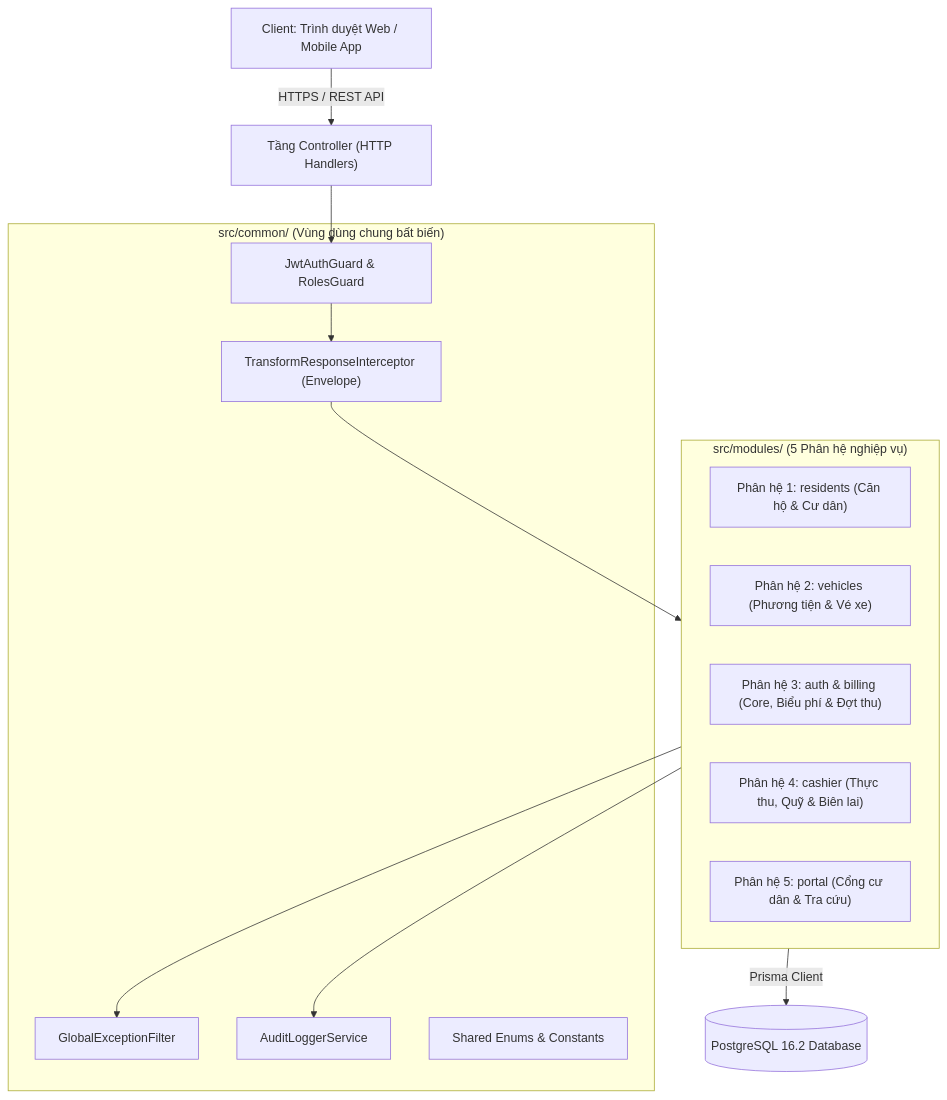
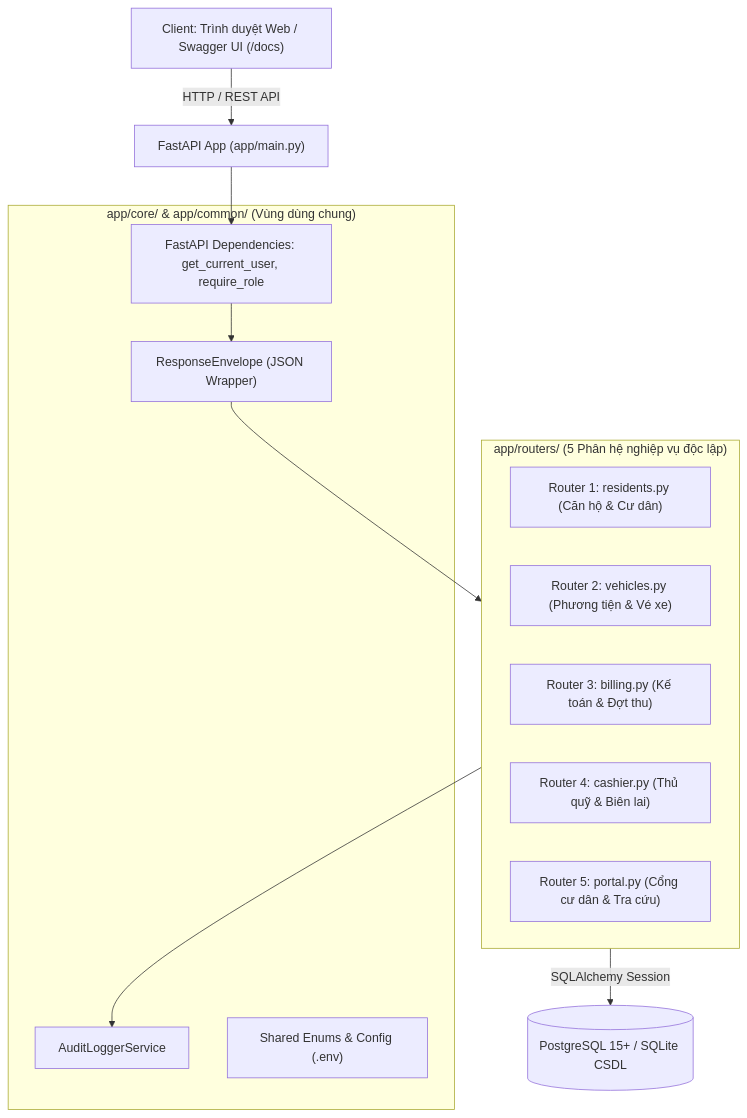
The first of 4 diagrams in docs/PRE_CODING_BASELINE.md (Viet-Tung/bluemoon-management-system), drawn with Mermaid before and after one commit. The commit also changed other lines of this file, not shown here.

Commit message:
docs(architecture): chuyen doi ma tran cong nghe sang python fastapi than thien sinh vien

````diff
--- a/docs/PRE_CODING_BASELINE.md
+++ b/docs/PRE_CODING_BASELINE.md
@@ -131,28 +151,26 @@
 ```mermaid
 flowchart TD
-    Client["Client: Trình duyệt Web / Mobile App"] -->|"HTTPS / REST API"| ControllerLayer["Tầng Controller (HTTP Handlers)"]
+    Client["Client: Trình duyệt Web / Swagger UI (/docs)"] -->|"HTTP / REST API"| FastAPIMain["FastAPI App (app/main.py)"]
 
-    subgraph CoreBoundary["src/common/ (Vùng dùng chung bất biến)"]
-        Guard["JwtAuthGuard & RolesGuard"]
-        Interceptor["TransformResponseInterceptor (Envelope)"]
-        Filter["GlobalExceptionFilter"]
+    subgraph CoreKernel["app/core/ & app/common/ (Vùng dùng chung)"]
+        DepAuth["FastAPI Dependencies: get_current_user, require_role"]
+        Envelope["ResponseEnvelope (JSON Wrapper)"]
         Audit["AuditLoggerService"]
-        Enums["Shared Enums & Constants"]
+        Enums["Shared Enums & Config (.env)"]
     end
 
-    ControllerLayer --> Guard
-    Guard --> Interceptor
+    FastAPIMain --> DepAuth
+    DepAuth --> Envelope
 
-    subgraph ModularContexts["src/modules/ (5 Phân hệ nghiệp vụ)"]
-        M1["Phân hệ 1: residents (Căn hộ & Cư dân)"]
-        M2["Phân hệ 2: vehicles (Phương tiện & Vé xe)"]
-        M3["Phân hệ 3: auth & billing (Core, Biểu phí & Đợt thu)"]
-        M4["Phân hệ 4: cashier (Thực thu, Quỹ & Biên lai)"]
-        M5["Phân hệ 5: portal (Cổng cư dân & Tra cứu)"]
+    subgraph ModularRouters["app/routers/ (5 Phân hệ nghiệp vụ độc lập)"]
+        R1["Router 1: residents.py (Căn hộ & Cư dân)"]
+        R2["Router 2: vehicles.py (Phương tiện & Vé xe)"]
+        R3["Router 3: billing.py (Kế toán & Đợt thu)"]
+        R4["Router 4: cashier.py (Thủ quỹ & Biên lai)"]
+        R5["Router 5: portal.py (Cổng cư dân & Tra cứu)"]
     end
 
-    Interceptor --> ModularContexts
-    ModularContexts --> Filter
-    ModularContexts --> Audit
-    ModularContexts -->|"Prisma Client"| DBLayer[("PostgreSQL 16.2 Database")]
+    Envelope --> ModularRouters
+    ModularRouters --> Audit
+    ModularRouters -->|"SQLAlchemy Session"| DBLayer[("PostgreSQL 15+ / SQLite CSDL")]
 ```
````
